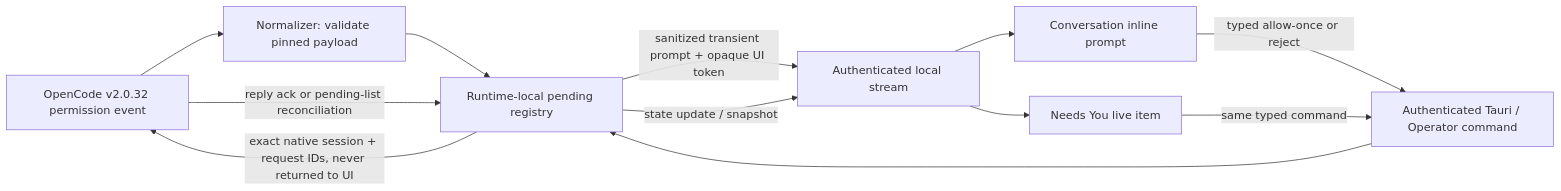
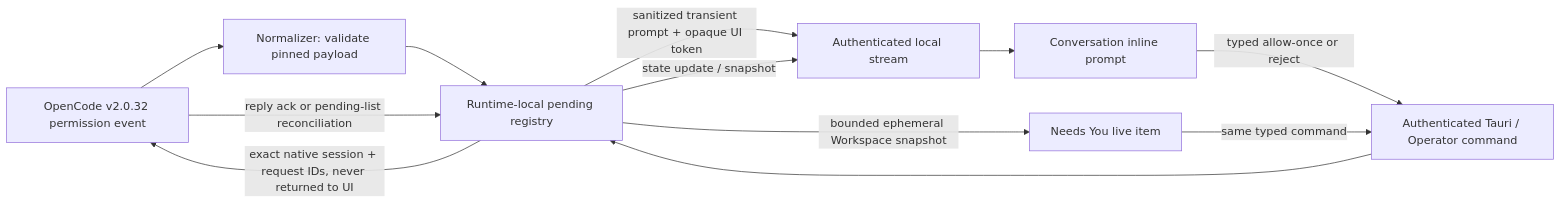
Before and after one commit to sarv-projects/litecowork: the first of 2 diagrams in specs/001-conversation-session-supervisor/contracts/native-permission-design.md, drawn with Mermaid. The commit also changed other lines of this file and 66 other files, not shown here.

````diff
--- a/specs/001-conversation-session-supervisor/contracts/native-permission-design.md
+++ b/specs/001-conversation-session-supervisor/contracts/native-permission-design.md
@@ -19,14 +19,14 @@
 ```mermaid
 flowchart LR
   OC[OpenCode v2.0.32 permission event] --> N[Normalizer: validate pinned payload]
   N --> R[Runtime-local pending registry]
   R -->|sanitized transient prompt + opaque UI token| S[Authenticated local stream]
   S --> C[Conversation inline prompt]
-  S --> NY[Needs You live item]
+  R -->|bounded ephemeral Workspace snapshot| NY[Needs You live item]
   C -->|typed allow-once or reject| IPC[Authenticated Tauri / Operator command]
   NY -->|same typed command| IPC
   IPC --> R
   R -->|exact native session + request IDs, never returned to UI| OC
   OC -->|reply ack or pending-list reconciliation| R
   R -->|state update / snapshot| S
 ```
````
